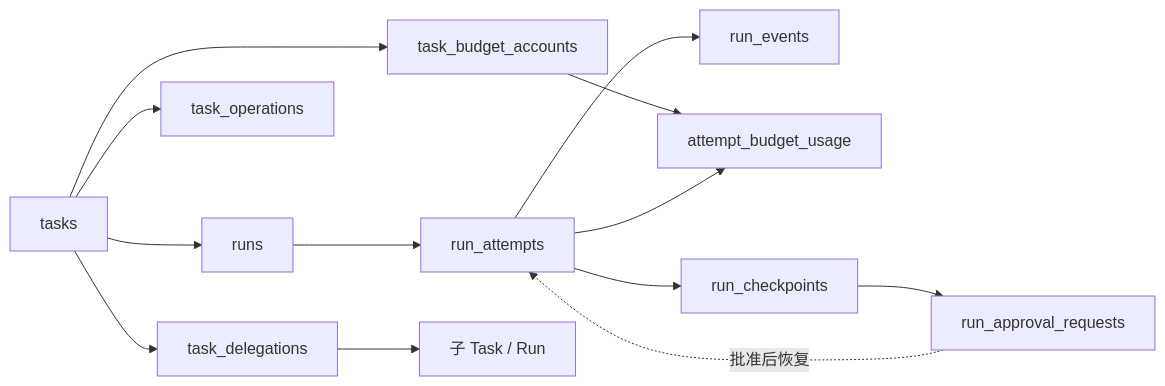
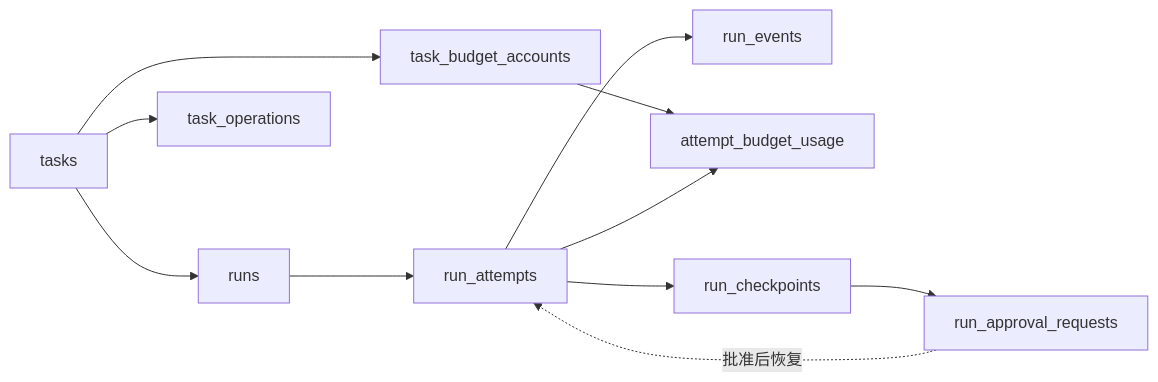
Before and after one commit to globalsinocode/dsh-work: the second of 3 diagrams in docs/design/data-model.md, drawn with Mermaid. The commit also changed other lines of this file and 57 other files, not shown here.

````diff
--- a/docs/design/data-model.md
+++ b/docs/design/data-model.md
@@ -77,10 +76,9 @@
 ```mermaid
 flowchart LR
   Task[tasks] --> Run[runs] --> Attempt[run_attempts] --> Event[run_events]
   Task --> Account[task_budget_accounts] --> Usage[attempt_budget_usage]
   Attempt --> Usage
   Attempt --> Checkpoint[run_checkpoints] --> Approval[run_approval_requests]
   Approval -. 批准后恢复 .-> Attempt
   Task --> Op[task_operations]
-  Task --> Deleg[task_delegations] --> Child[子 Task / Run]
 ```
````
